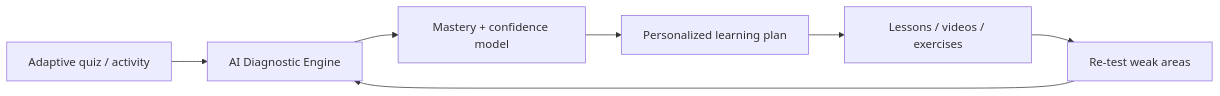
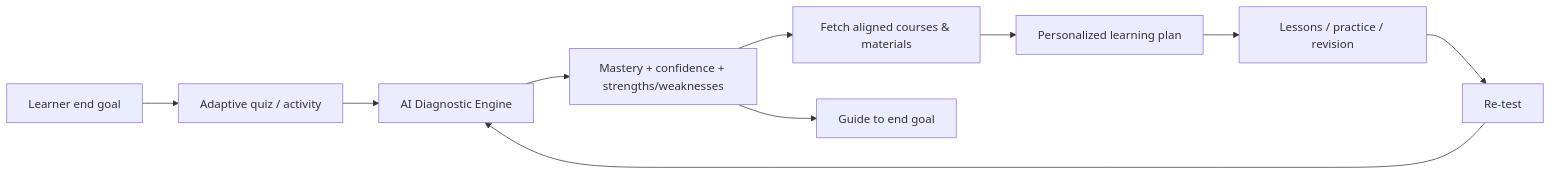
The first of 5 diagrams in docs/05_AI_Tutor_Adaptive_Learning_Strategy.md (Jose-SN/majestic-warhorse), drawn with Mermaid before and after one commit. The commit also changed other lines of this file and 24 other files, not shown here.

````diff
--- a/docs/05_AI_Tutor_Adaptive_Learning_Strategy.md
+++ b/docs/05_AI_Tutor_Adaptive_Learning_Strategy.md
@@ -131,9 +175,12 @@
 ```mermaid
 flowchart LR
-  A[Adaptive quiz / activity] --> B[AI Diagnostic Engine]
-  B --> C[Mastery + confidence model]
-  C --> D[Personalized learning plan]
-  D --> E[Lessons / videos / exercises]
-  E --> F[Re-test weak areas]
-  F --> B
+  G[Learner end goal] --> A[Adaptive quiz / activity]
+  A --> B[AI Diagnostic Engine]
+  B --> C[Mastery + confidence + strengths/weaknesses]
+  C --> D[Fetch aligned courses & materials]
+  D --> E[Personalized learning plan]
+  E --> F[Lessons / practice / revision]
+  F --> H[Re-test]
+  H --> B
+  C --> Z[Guide to end goal]
 ```
````
